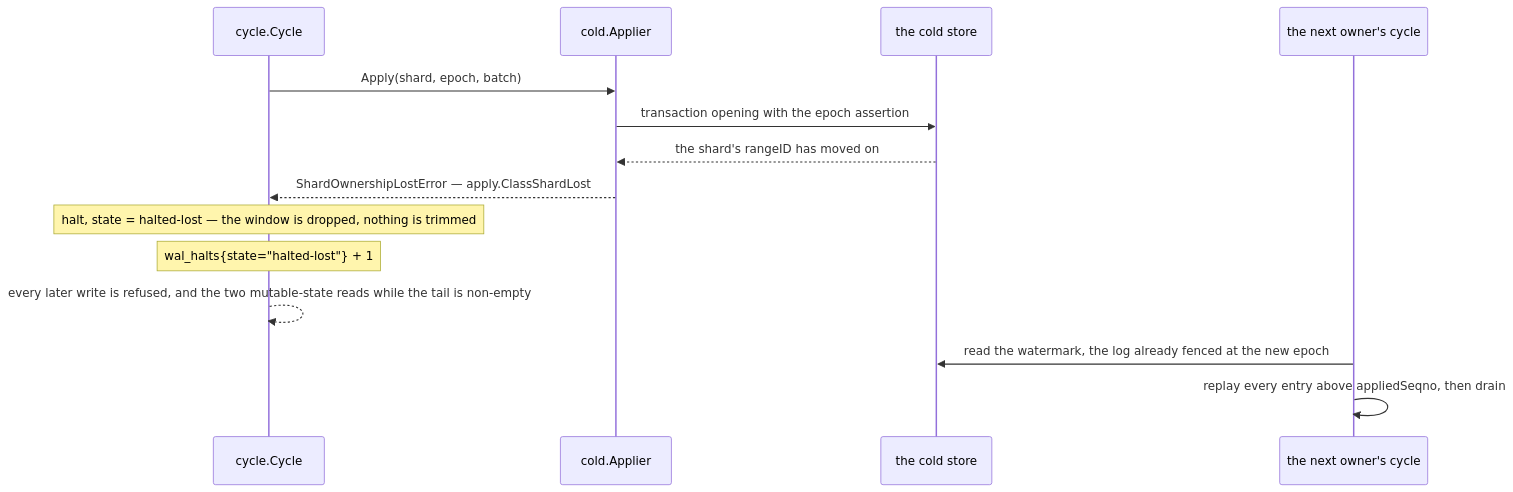
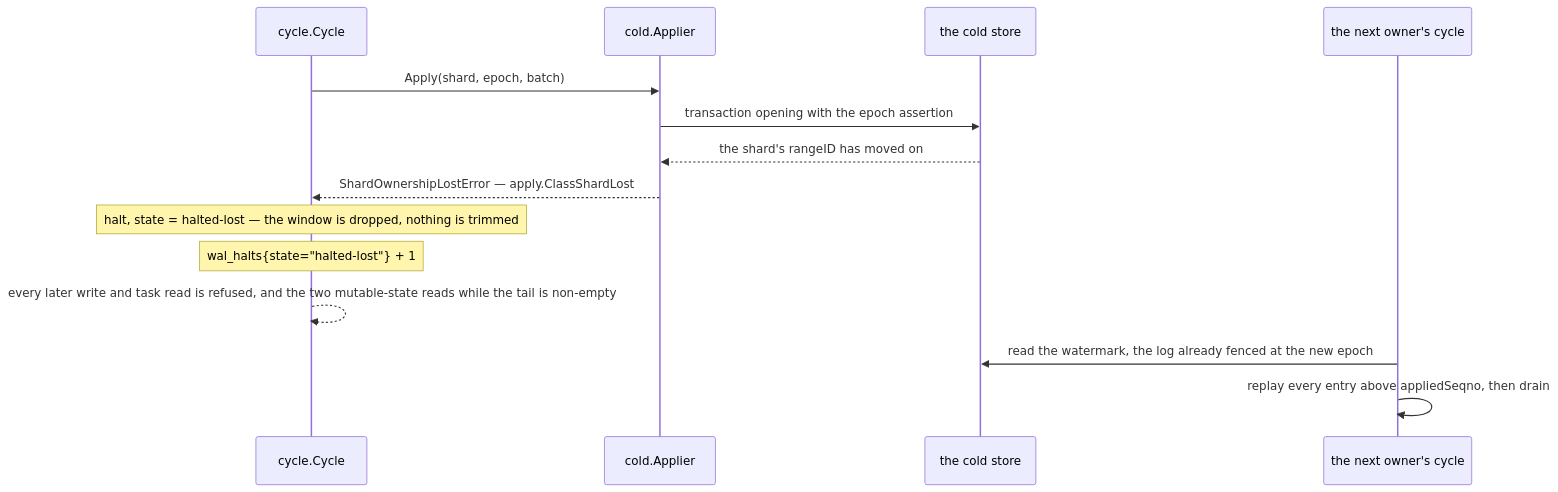
One commit to aromanovich/waltz changed the seventh of 10 diagrams in docs/handbook/05-write-path.md. Above: the diagram before and after it, drawn with Mermaid. The commit also changed other lines of this file and 42 other files, not shown here.

First line of the commit message:
docs: every page read against the tree, round one

````diff
--- a/docs/handbook/05-write-path.md
+++ b/docs/handbook/05-write-path.md
@@ -462,17 +470,17 @@
 ```mermaid
 sequenceDiagram
   participant CY as cycle.Cycle
   participant AP as cold.Applier
   participant CS as the cold store
   participant NX as the next owner's cycle
 
   CY->>AP: Apply(shard, epoch, batch)
   AP->>CS: transaction opening with the epoch assertion
   CS-->>AP: the shard's rangeID has moved on
   AP-->>CY: ShardOwnershipLostError — apply.ClassShardLost
   Note over CY: halt, state = halted-lost — the window is dropped, nothing is trimmed
   Note over CY: wal_halts{state="halted-lost"} + 1
-  CY-->>CY: every later write is refused, and the two mutable-state reads while the tail is non-empty
+  CY-->>CY: every later write and task read is refused, and the two mutable-state reads while the tail is non-empty
   NX->>CS: read the watermark, the log already fenced at the new epoch
   NX->>NX: replay every entry above appliedSeqno, then drain
 ```
````
